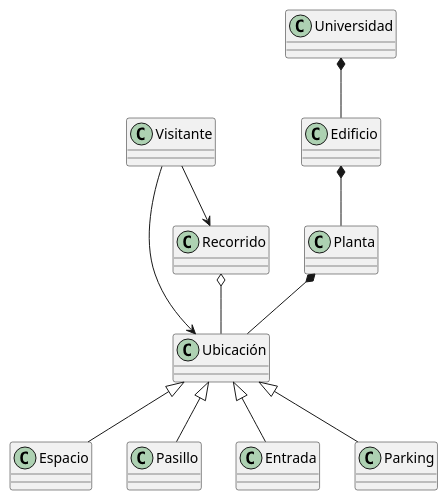
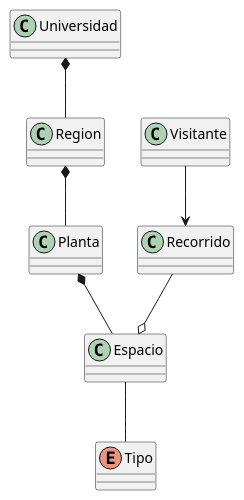
Before and after one commit to Camila-Lesly/25-26-idsw1-sdr: the diagram in documentos/00-modeloDeDominio/DiagramaDeClases/diagramaDeClases.puml, drawn with PlantUML. The commit also changed 5 other files, not shown here.

Commit message:
Propuesta de diagrama de clases y objetos

```diff
--- a/documentos/00-modeloDeDominio/DiagramaDeClases/diagramaDeClases.puml
+++ b/documentos/00-modeloDeDominio/DiagramaDeClases/diagramaDeClases.puml
@@ -1,14 +1,11 @@
 @startuml
+enum Tipo
 
-Visitante -->  Ubicación
+Universidad *-- Region
+Region *-- Planta
+Planta *-- Espacio
+Espacio -- Tipo
+
 Visitante --> Recorrido
-Recorrido o-- Ubicación
-Universidad  *-- Edificio
-Edificio *-- Planta
-Planta *-- Ubicación
-Espacio -up-|> Ubicación
-Pasillo -up-|> Ubicación
-Entrada -up-|> Ubicación
-Parking -up-|> Ubicación
-
+Recorrido --o Espacio
 @enduml
```
